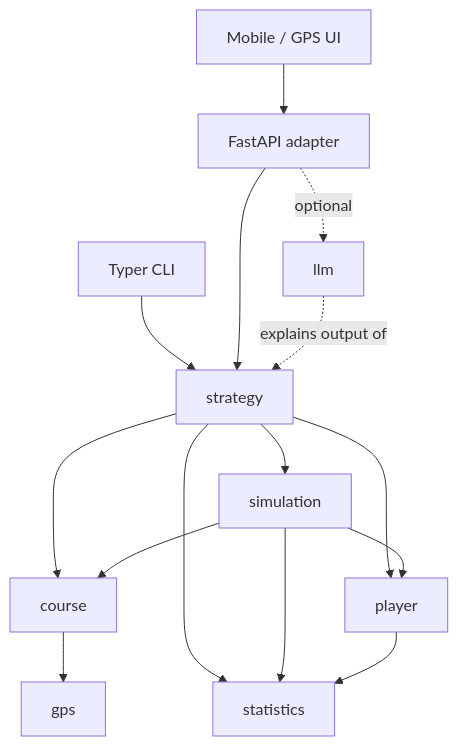
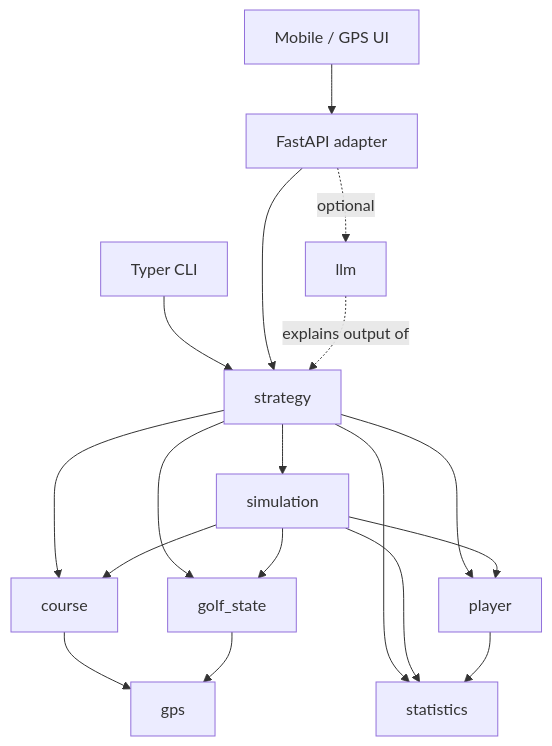
The diagram in docs/architecture.md (andywrussell/caddai), drawn with Mermaid before and after one commit. The commit also changed other lines of this file and 5 other files, not shown here.

````diff
--- a/docs/architecture.md
+++ b/docs/architecture.md
@@ -30,17 +30,20 @@
 ```mermaid
 graph TD
     UI[Mobile / GPS UI] --> API
     CLI[Typer CLI] --> STRAT
     API[FastAPI adapter] --> STRAT[strategy]
     STRAT --> SIM[simulation]
     STRAT --> COURSE[course]
     STRAT --> PLAYER[player]
     STRAT --> STATS[statistics]
+    STRAT --> GOLFSTATE[golf_state]
     SIM --> COURSE
     SIM --> PLAYER
     SIM --> STATS
+    SIM --> GOLFSTATE
     PLAYER --> STATS
     COURSE --> GPS[gps]
+    GOLFSTATE --> GPS
     LLM[llm] -.explains output of.-> STRAT
     API -.optional.-> LLM
 ```
````
